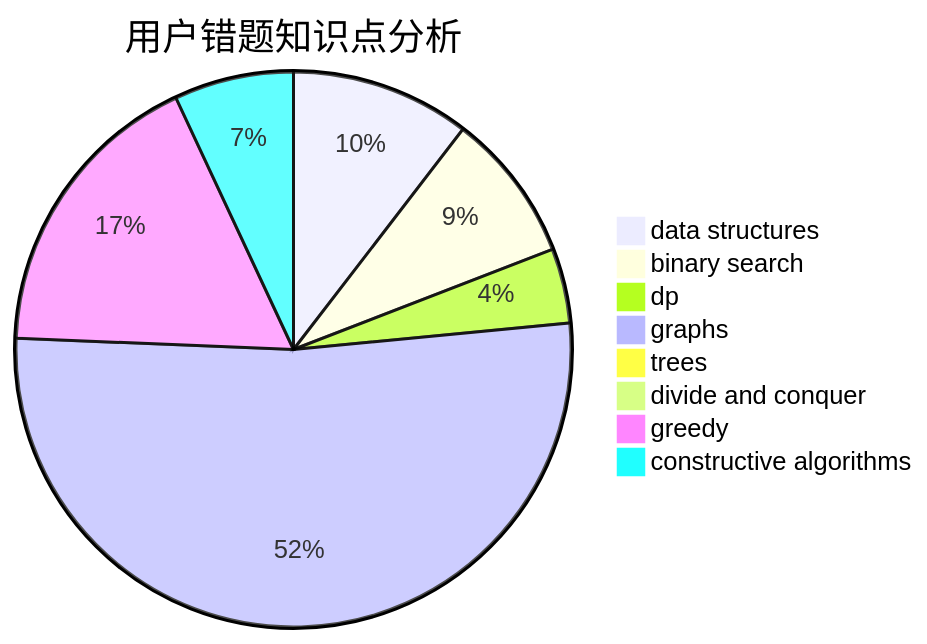
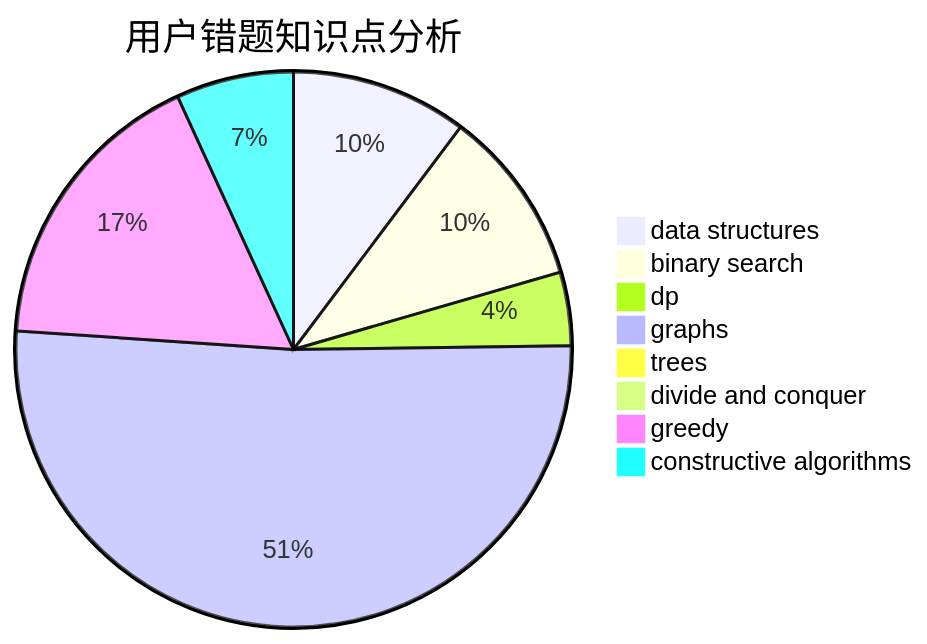
The third of 3 diagrams in docs/user/u425.md (sherpahu/cfrs.github.io), drawn with Mermaid before and after one commit. The commit also changed other lines of this file and 2770 other files, not shown here.

````diff
--- a/docs/user/u425.md
+++ b/docs/user/u425.md
@@ -36,11 +36,11 @@
 ```mermaid
 pie title 用户错题知识点分析
     "data structures" :  12
-    "binary search" :  10
+    "binary search" :  12
     "dp" :  5
     "graphs" :  60
     "trees" :  0
     "divide and conquer" :  0
     "greedy" :  20
     "constructive algorithms" :  8
 ```
````
